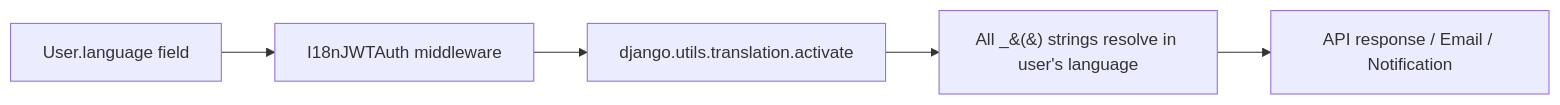
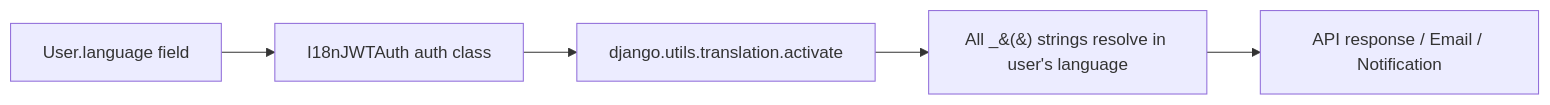
Before and after one commit to letsrevel/revel-backend: the diagram in docs/guides/internationalization.md, drawn with Mermaid. The commit also changed other lines of this file and 58 other files, not shown here.

````diff
--- a/docs/guides/internationalization.md
+++ b/docs/guides/internationalization.md
@@ -18,7 +22,7 @@
 ```mermaid
 flowchart LR
-    A[User.language field] --> B[I18nJWTAuth middleware]
+    A[User.language field] --> B[I18nJWTAuth auth class]
     B --> C[django.utils.translation.activate]
     C --> D[All _&#40;&#41; strings resolve in user's language]
     D --> E[API response / Email / Notification]
 ```
````
